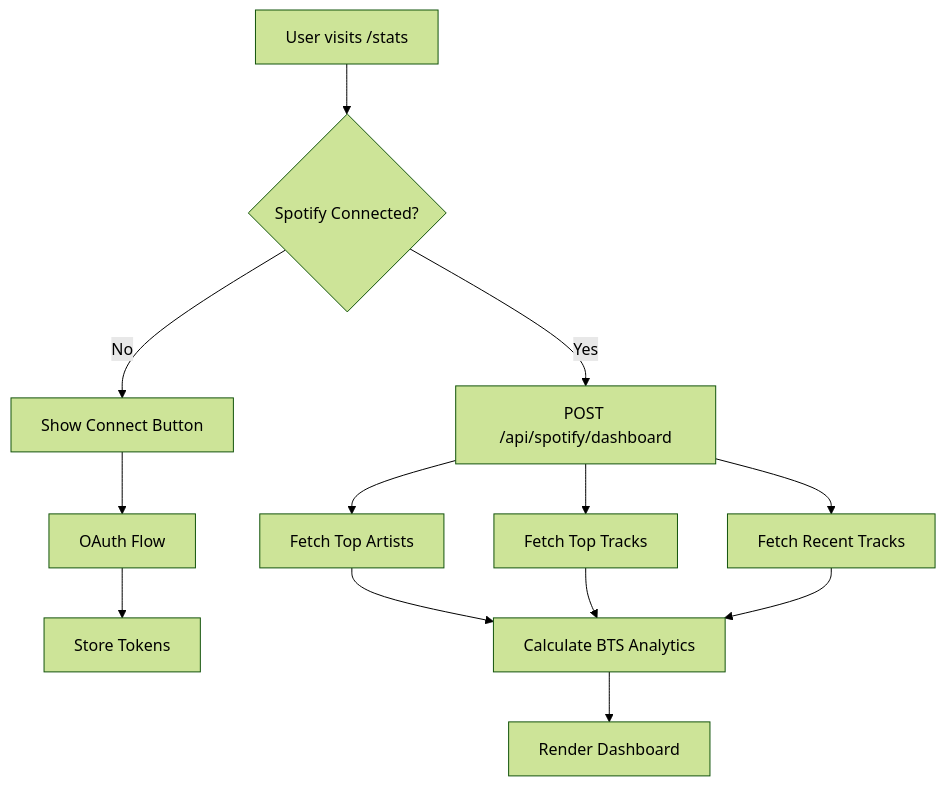
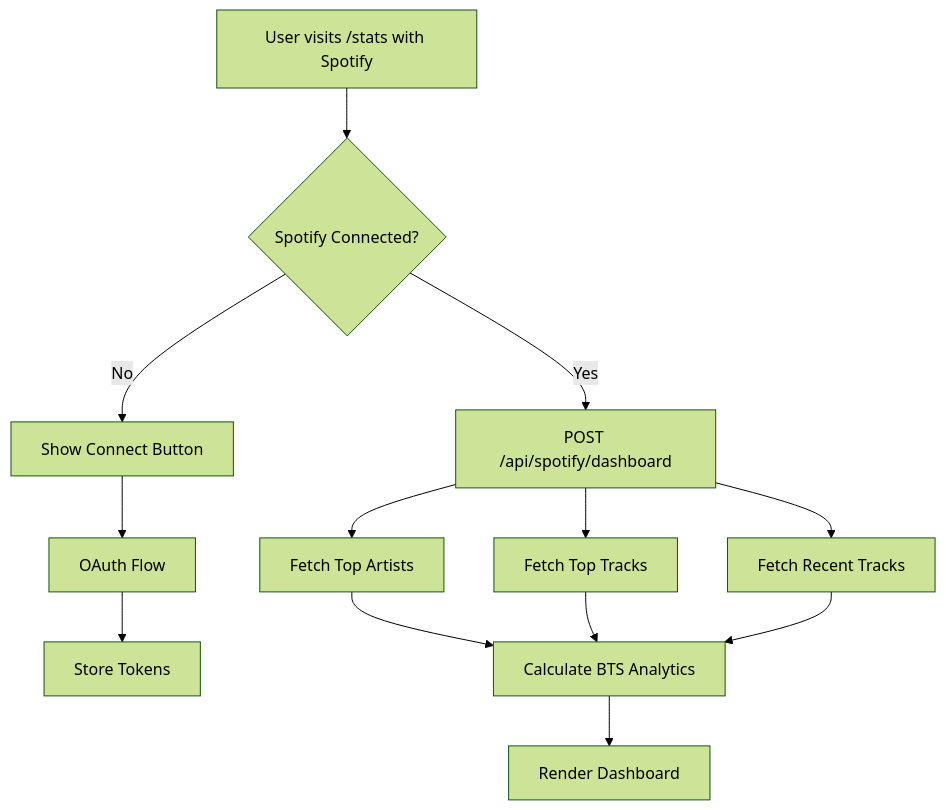
One commit to NoobSambit/ARMYVERSE2 changed the second of 4 diagrams in docs/features/spotify-analytics.md. Above: the diagram before and after it, drawn with Mermaid (forest theme). The commit also changed other lines of this file and 77 other files, not shown here.

````diff
--- a/docs/features/spotify-analytics.md
+++ b/docs/features/spotify-analytics.md
@@ -68,15 +101,15 @@
 ```mermaid
 graph TD
-    A[User visits /stats] --> B{Spotify Connected?}
+    A[User visits /stats with Spotify] --> B{Spotify Connected?}
     B -->|No| C[Show Connect Button]
     C --> D[OAuth Flow]
     D --> E[Store Tokens]
     B -->|Yes| F[POST /api/spotify/dashboard]
     F --> G[Fetch Top Artists]
     F --> H[Fetch Top Tracks]
     F --> I[Fetch Recent Tracks]
     G --> J[Calculate BTS Analytics]
     H --> J
     I --> J
     J --> K[Render Dashboard]
 ```
````
